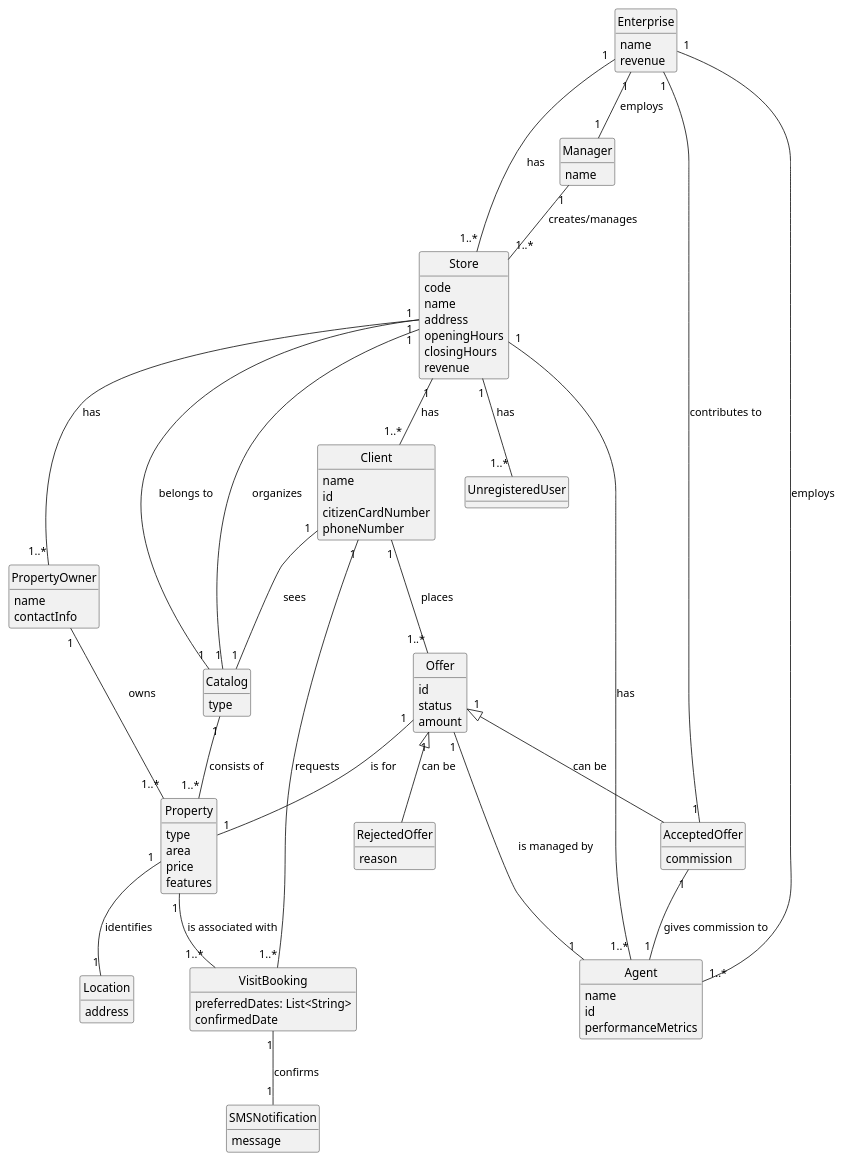
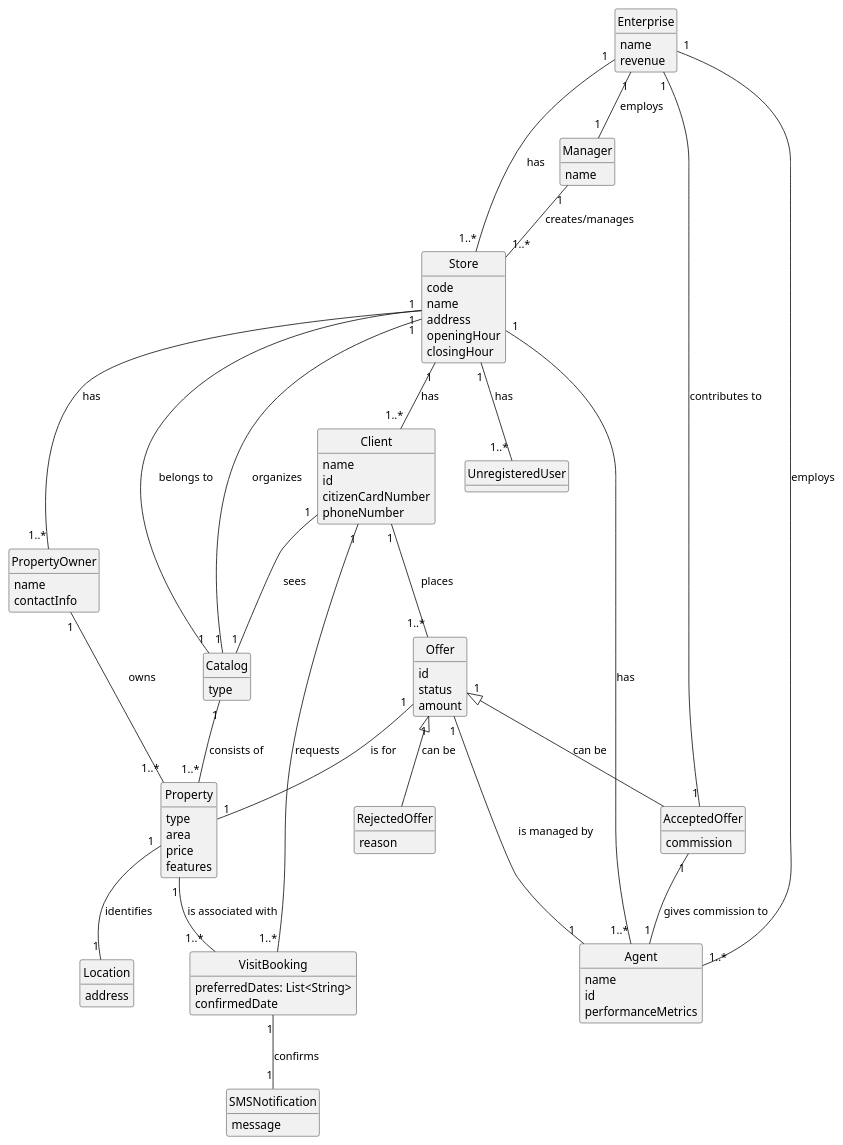
The diagram in PDS - Principios de Desenvolvimento de Software/PDS-Project_/docs/dream-house/global-artifacts/02.analysis/DM.puml (FabioTorresSilva/Java_dotNet), drawn with PlantUML before and after one commit. The commit also changed 62 other files, not shown here.

```diff
--- a/PDS - Principios de Desenvolvimento de Software/PDS-Project_/docs/dream-house/global-artifacts/02.analysis/DM.puml
+++ b/PDS - Principios de Desenvolvimento de Software/PDS-Project_/docs/dream-house/global-artifacts/02.analysis/DM.puml
@@ -1,127 +1,126 @@
 @startuml
 skinparam monochrome true
 skinparam packageStyle rectangle
 skinparam shadowing false
 'skinparam linetype ortho
 'left to right direction
 skinparam classAttributeIconSize 0
 hide circle
 hide methods
 
 'title Domain Model
 
 class Enterprise {
   name
   revenue
   setCommissionPolicy(): void
 }
 
 class Manager {
   name
 }
 
 class Store {
   code
   name
   address
-  openingHours
-  closingHours
-  revenue
+  openingHour
+  closingHour
 }
 
 class Agent {
   name
   id
   performanceMetrics
 }
 
 class Catalog {
   type
   filterProperties(): List<Property>
 }
 
 class Property {
   type
   area
   price
   features
 }
 
 class PropertyOwner {
   name
   contactInfo
 }
 
 class Client {
   name
   id
   citizenCardNumber
   phoneNumber
 }
 
 class UnregisteredUser {
 }
 
 class VisitBooking {
   preferredDates: List<String>
   confirmedDate
 }
 
 class Offer {
   id
   status
   amount
 }
 
 class AcceptedOffer {
   commission
 }
 
 class RejectedOffer {
   reason
 }
 
 class SMSNotification {
   message
 }
 
 class Location {
   address
 }
 
 ' Define Associations
 Enterprise "1" -- "1..*" Store : has
 Enterprise "1" -- "1" Manager : employs
 Enterprise "1" -- "1..*" Agent : employs
 
 Manager "1" -- "1..*" Store : creates/manages
 
 Store "1" -- "1..*" Client : has
 Store "1" -- "1..*" UnregisteredUser : has
 Store "1" -- "1..*" PropertyOwner : has
 Store "1" -- "1..*" Agent : has
 Store "1" -- "1" Catalog : organizes
 
 Catalog "1" -- "1..*" Property : consists of
 Catalog "1" -- "1" Store : belongs to
 
 PropertyOwner "1" -- "1..*" Property : owns
 
 Client "1" -- "1..*" VisitBooking : requests
 Client "1" -- "1..*" Offer : places
 Client "1" -- "1" Catalog : sees
 
 Property "1" -- "1..*" VisitBooking : is associated with
 Property "1" -- "1" Location : identifies
 
 VisitBooking "1" -- "1" SMSNotification : confirms
 
 Offer "1" -- "1" Property : is for
 Offer "1" -- "1" Agent : is managed by
 Offer "1" <|-- AcceptedOffer : can be
 Offer "1" <|-- RejectedOffer : can be
 
 AcceptedOffer "1" -- "1" Agent : gives commission to
 AcceptedOffer "1" -- "1" Enterprise : contributes to
 
 @enduml
```
